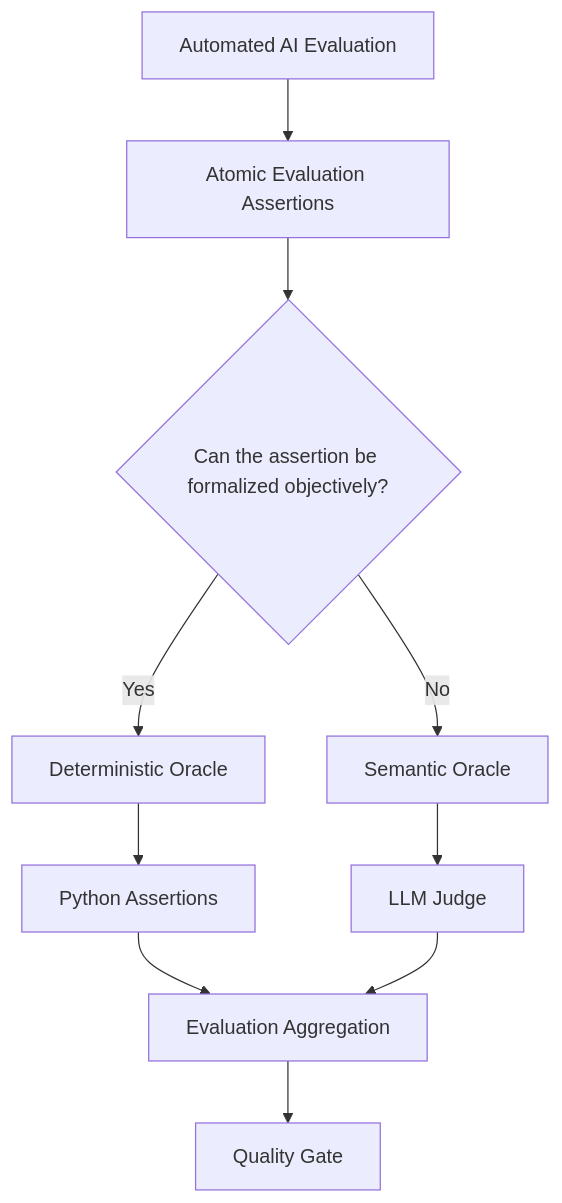
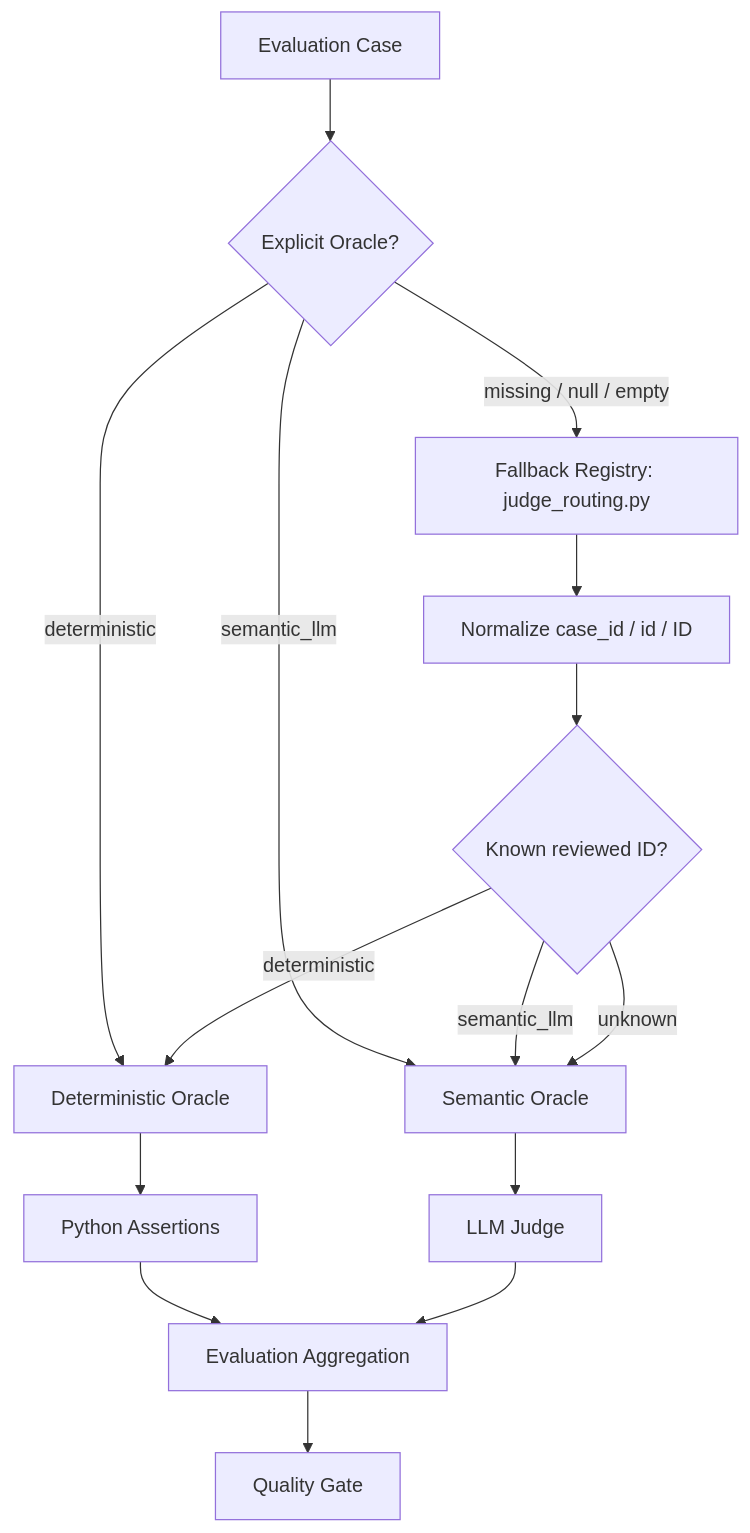
The diagram in docs/automated_ai_evaluation.md (oleksandrserhieiev-beep/ai-qe-lab), drawn with Mermaid before and after one commit. The commit also changed other lines of this file, not shown here.

Commit message:
Explain oracle fallback resolution

````diff
--- a/docs/automated_ai_evaluation.md
+++ b/docs/automated_ai_evaluation.md
@@ -9,12 +9,17 @@
 ```mermaid
 flowchart TD
-    A[Automated AI Evaluation] --> AT[Atomic Evaluation Assertions]
-    AT --> Q{Can the assertion be formalized objectively?}
-    Q -->|Yes| D[Deterministic Oracle]
-    Q -->|No| S[Semantic Oracle]
+    A[Evaluation Case] --> O{Explicit Oracle?}
+    O -->|deterministic| D[Deterministic Oracle]
+    O -->|semantic_llm| S[Semantic Oracle]
+    O -->|missing / null / empty| F[Fallback Registry: judge_routing.py]
+    F --> ID[Normalize case_id / id / ID]
+    ID --> M{Known reviewed ID?}
+    M -->|deterministic| D
+    M -->|semantic_llm| S
+    M -->|unknown| S
     D --> P[Python Assertions]
     S --> J[LLM Judge]
     P --> R[Evaluation Aggregation]
     J --> R
     R --> G[Quality Gate]
 ```
````
